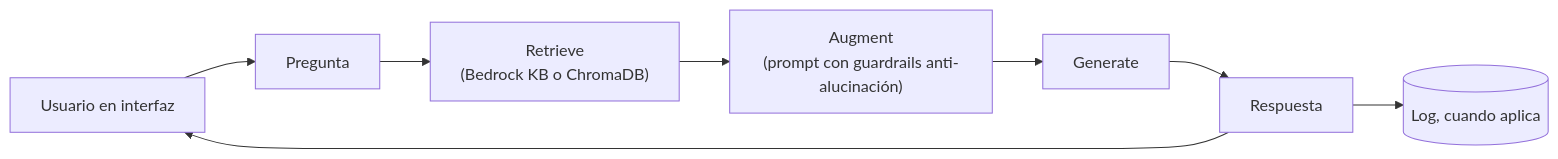
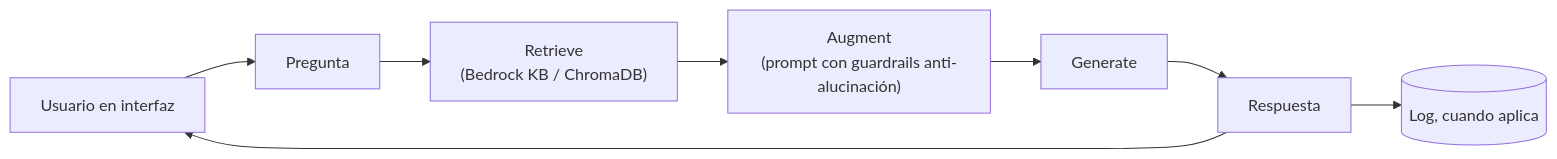
One commit to sofia-torres-v/AutoSpec-Voice-Assistant changed the first of 3 diagrams in README.md. Above: the diagram before and after it, drawn with Mermaid. The commit also changed other lines of this file and 14 other files, not shown here.

````diff
--- a/README.md
+++ b/README.md
@@ -38,10 +37,10 @@
 ```mermaid
 flowchart LR
     U[Usuario en interfaz] --> Q[Pregunta]
-    Q --> R["Retrieve<br/>(Bedrock KB o ChromaDB)"]
+    Q --> R["Retrieve<br/>(Bedrock KB / ChromaDB)"]
     R --> A["Augment<br/>(prompt con guardrails anti-alucinación)"]
     A --> G["Generate"]
     G --> RESP[Respuesta]
     RESP --> L[(Log, cuando aplica)]
     RESP --> U
 ```
````
